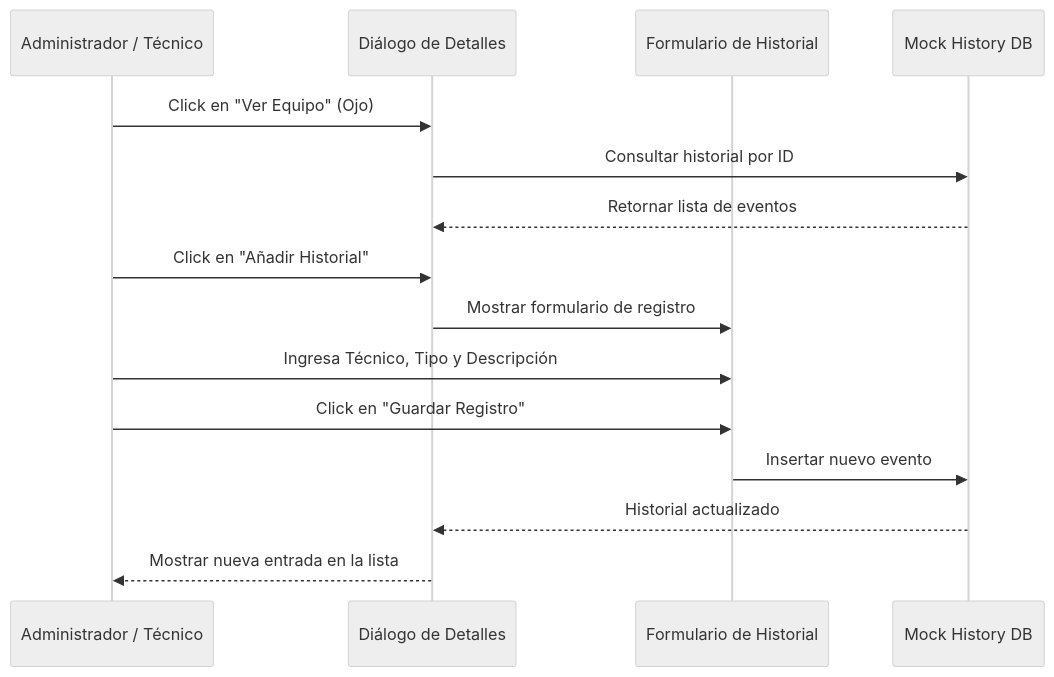
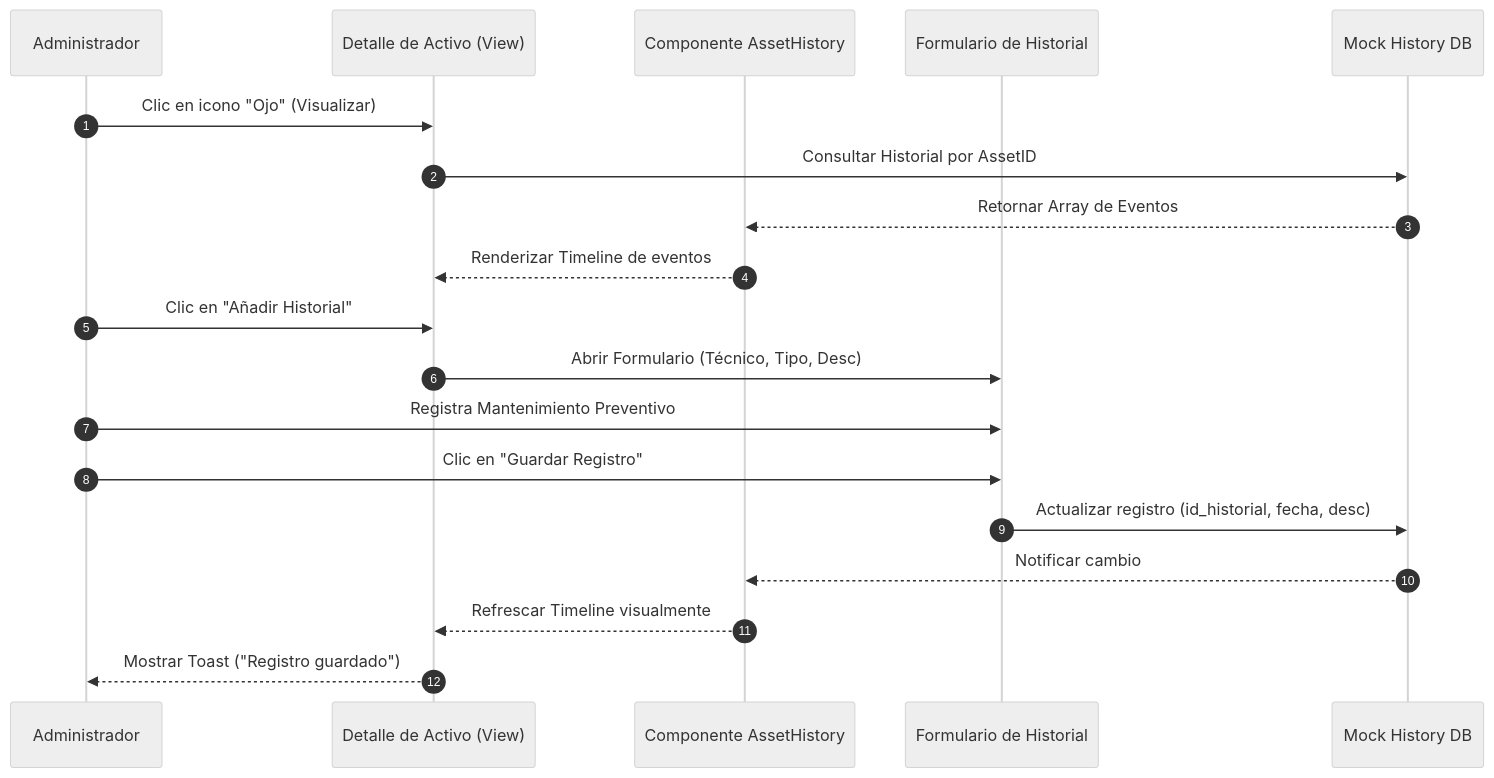
The third of 4 diagrams in DIAGRAMAS.md (KaicerPirata/Proyecto), drawn with Mermaid (neutral theme) before and after one commit. The commit also changed other lines of this file, not shown here.

Commit message:
puedes hacer supremamente detallado estos diagramas que te pase ya que e

````diff
--- a/DIAGRAMAS.md
+++ b/DIAGRAMAS.md
@@ -62,18 +84,22 @@
 ```mermaid
 sequenceDiagram
-    participant Admin as Administrador / Técnico
-    participant Detalle as Diálogo de Detalles
-    participant HistorialForm as Formulario de Historial
-    participant MockData as Mock History DB
+    autonumber
+    participant A as Administrador
+    participant DT as Detalle de Activo (View)
+    participant H as Componente AssetHistory
+    participant HF as Formulario de Historial
+    participant DB as Mock History DB
 
-    Admin->>Detalle: Click en "Ver Equipo" (Ojo)
-    Detalle->>MockData: Consultar historial por ID
-    MockData-->>Detalle: Retornar lista de eventos
-    Admin->>Detalle: Click en "Añadir Historial"
-    Detalle->>HistorialForm: Mostrar formulario de registro
-    Admin->>HistorialForm: Ingresa Técnico, Tipo y Descripción
-    Admin->>HistorialForm: Click en "Guardar Registro"
-    HistorialForm->>MockData: Insertar nuevo evento
-    MockData-->>Detalle: Historial actualizado
-    Detalle-->>Admin: Mostrar nueva entrada en la lista
+    A->>DT: Clic en icono "Ojo" (Visualizar)
+    DT->>DB: Consultar Historial por AssetID
+    DB-->>H: Retornar Array de Eventos
+    H-->>DT: Renderizar Timeline de eventos
+    A->>DT: Clic en "Añadir Historial"
+    DT->>HF: Abrir Formulario (Técnico, Tipo, Desc)
+    A->>HF: Registra Mantenimiento Preventivo
+    A->>HF: Clic en "Guardar Registro"
+    HF->>DB: Actualizar registro (id_historial, fecha, desc)
+    DB-->>H: Notificar cambio
+    H-->>DT: Refrescar Timeline visualmente
+    DT-->>A: Mostrar Toast ("Registro guardado")
 ```
````
